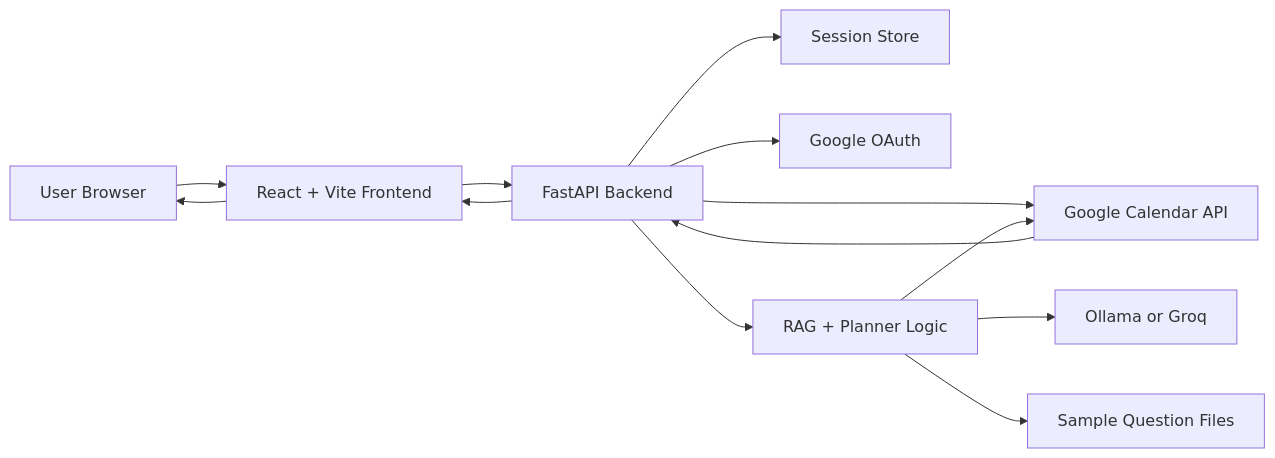
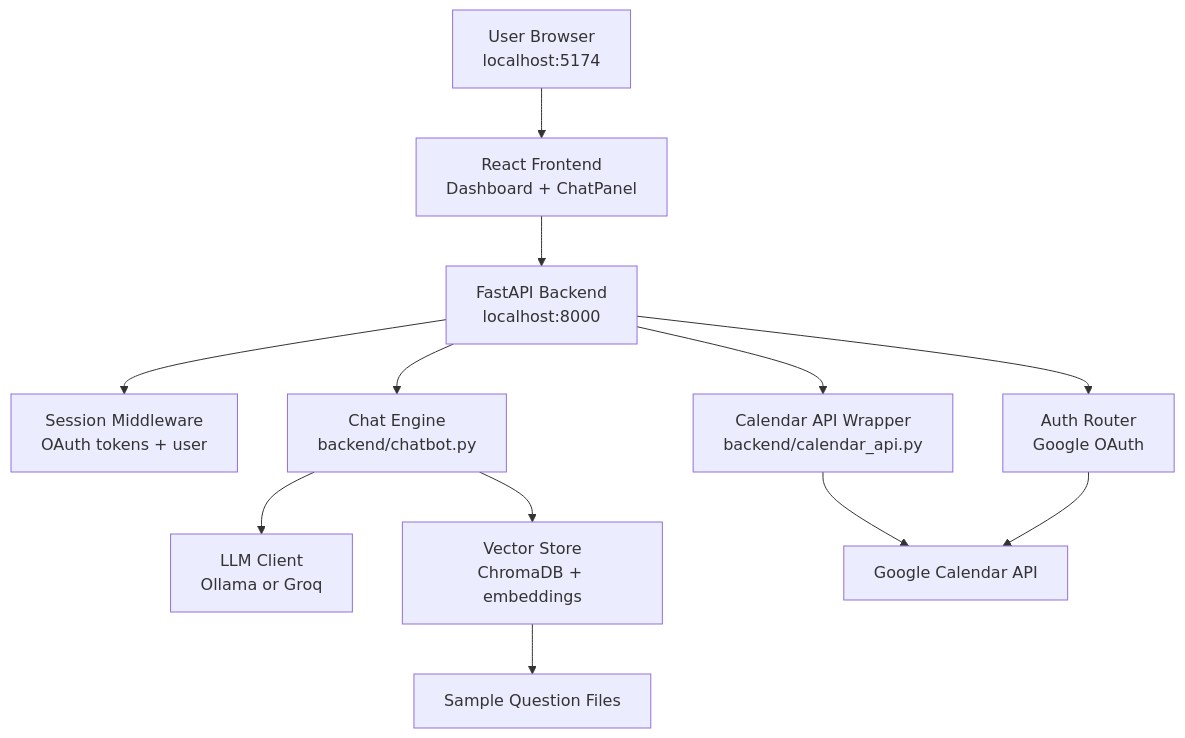
The first of 6 diagrams in PROJECT_DOCUMENTATION.md (rishabrkb123-collab/google-calendar-rag-chatbot), drawn with Mermaid before and after one commit. The commit also changed other lines of this file and 16 other files, not shown here.

````diff
--- a/PROJECT_DOCUMENTATION.md
+++ b/PROJECT_DOCUMENTATION.md
@@ -73,25 +220,14 @@
 ```mermaid
-flowchart LR
-    User[User Browser]
-    React[React + Vite Frontend]
-    FastAPI[FastAPI Backend]
-    Session[Session Store]
-    GoogleOAuth[Google OAuth]
-    CalendarAPI[Google Calendar API]
-    RAG[RAG + Planner Logic]
-    LLM[Ollama or Groq]
-    Samples[Sample Question Files]
-
-    User --> React
-    React --> FastAPI
-    FastAPI --> Session
-    FastAPI --> GoogleOAuth
-    FastAPI --> CalendarAPI
-    FastAPI --> RAG
-    RAG --> LLM
-    RAG --> Samples
-    RAG --> CalendarAPI
-    CalendarAPI --> FastAPI
-    FastAPI --> React
-    React --> User
+flowchart TD
+    U[User Browser<br/>localhost:5174] --> F[React Frontend<br/>Dashboard + ChatPanel]
+    F --> B[FastAPI Backend<br/>localhost:8000]
+    B --> S[Session Middleware<br/>OAuth tokens + user]
+    B --> A[Auth Router<br/>Google OAuth]
+    B --> C[Calendar API Wrapper<br/>backend/calendar_api.py]
+    B --> H[Chat Engine<br/>backend/chatbot.py]
+    H --> L[LLM Client<br/>Ollama or Groq]
+    H --> V[Vector Store<br/>ChromaDB + embeddings]
+    V --> Q[Sample Question Files]
+    C --> G[Google Calendar API]
+    A --> G
 ```
````
